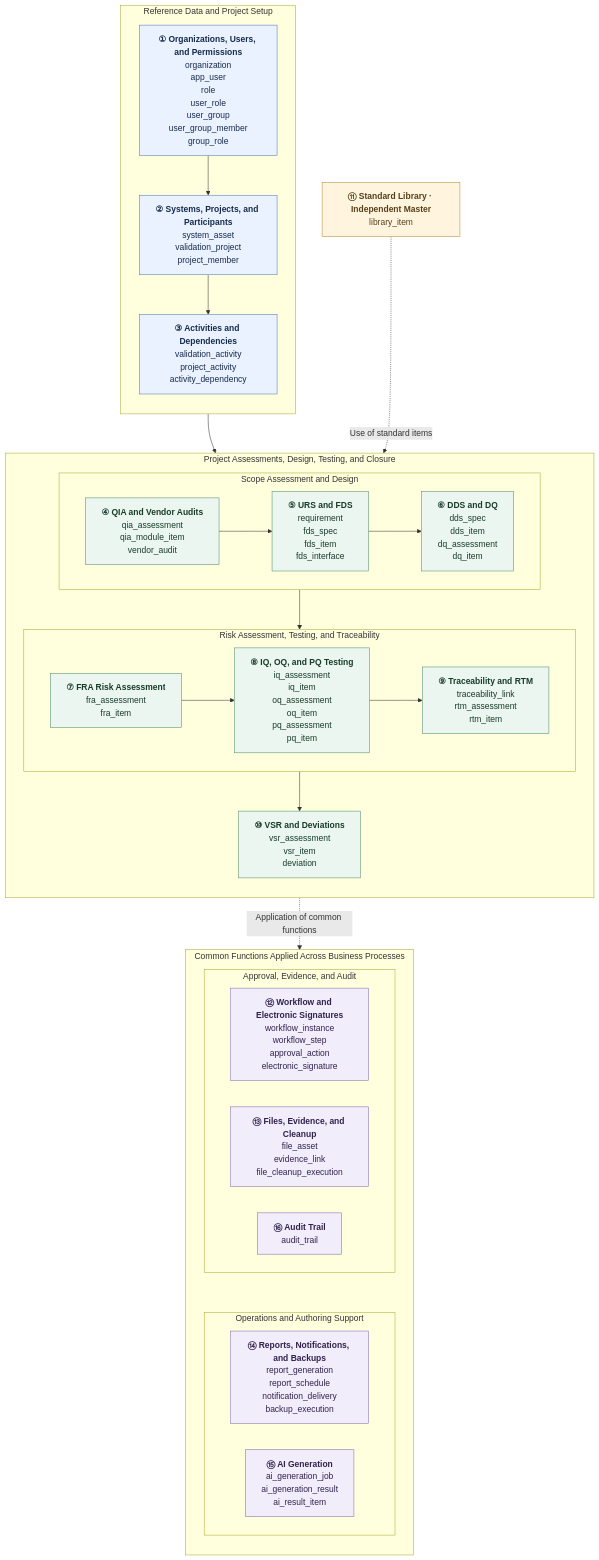
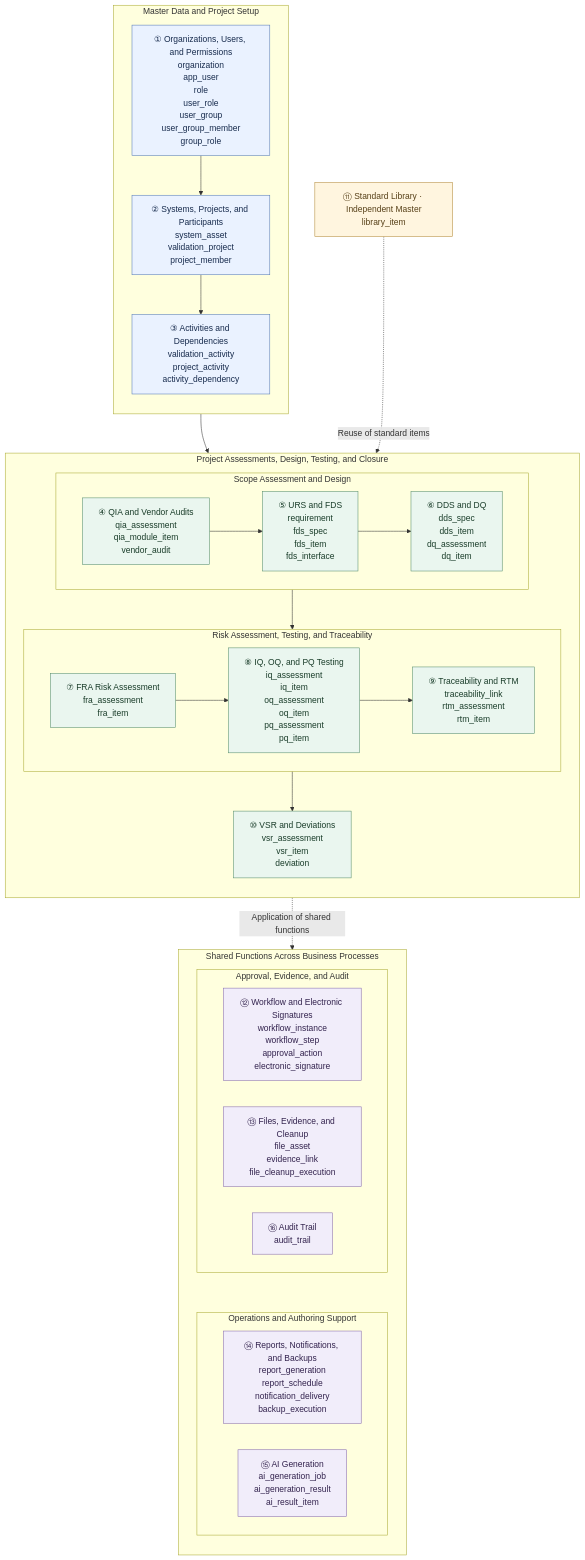
One commit to kmh52826-collab/Enterprise-Knowledge-Base-Design changed the diagram in docs/erd-overview.md. Above: the diagram before and after it, drawn with Mermaid. The commit also changed other lines of this file, not shown here.

````diff
--- a/docs/erd-overview.md
+++ b/docs/erd-overview.md
@@ -9,23 +11,23 @@
 ```mermaid
 flowchart TB
-    subgraph BASE["Reference Data and Project Setup"]
+    subgraph BASE["Master Data and Project Setup"]
         direction TB
-        SECURITY["`**① Organizations, Users, and Permissions**
+        SECURITY["① Organizations, Users, and Permissions
 organization
 app_user
 role
 user_role
 user_group
 user_group_member
-group_role`"]
-        PROJECT["`**② Systems, Projects, and Participants**
+group_role"]
+        PROJECT["② Systems, Projects, and Participants
 system_asset
 validation_project
-project_member`"]
-        ACTIVITY["`**③ Activities and Dependencies**
+project_member"]
+        ACTIVITY["③ Activities and Dependencies
 validation_activity
 project_activity
-activity_dependency`"]
+activity_dependency"]
         SECURITY --> PROJECT --> ACTIVITY
     end
 
@@ -33,84 +35,84 @@
         direction TB
         subgraph DESIGN["Scope Assessment and Design"]
             direction LR
-            QIA["`**④ QIA and Vendor Audits**
+            QIA["④ QIA and Vendor Audits
 qia_assessment
 qia_module_item
-vendor_audit`"]
-            URSFDS["`**⑤ URS and FDS**
+vendor_audit"]
+            URSFDS["⑤ URS and FDS
 requirement
 fds_spec
 fds_item
-fds_interface`"]
-            DDSDQ["`**⑥ DDS and DQ**
+fds_interface"]
+            DDSDQ["⑥ DDS and DQ
 dds_spec
 dds_item
 dq_assessment
-dq_item`"]
+dq_item"]
             QIA --> URSFDS --> DDSDQ
         end
         subgraph VERIFICATION["Risk Assessment, Testing, and Traceability"]
             direction LR
-            FRA["`**⑦ FRA Risk Assessment**
+            FRA["⑦ FRA Risk Assessment
 fra_assessment
-fra_item`"]
-            TEST["`**⑧ IQ, OQ, and PQ Testing**
+fra_item"]
+            TEST["⑧ IQ, OQ, and PQ Testing
 iq_assessment
 iq_item
 oq_assessment
 oq_item
 pq_assessment
-pq_item`"]
-            TRACE["`**⑨ Traceability and RTM**
+pq_item"]
+            TRACE["⑨ Traceability and RTM
 traceability_link
 rtm_assessment
-rtm_item`"]
+rtm_item"]
             FRA --> TEST --> TRACE
         end
-        CLOSE["`**⑩ VSR and Deviations**
+        CLOSE["⑩ VSR and Deviations
 vsr_assessment
 vsr_item
-deviation`"]
+deviation"]
         DESIGN --> VERIFICATION --> CLOSE
     end
 
-    LIBRARY["`**⑪ Standard Library · Independent Master**
-library_item`"]
+    LIBRARY["⑪ Standard Library · Independent Master
+library_item"]
 
-    subgraph COMMON["Common Functions Applied Across Business Processes"]
+    subgraph COMMON["Shared Functions Across Business Processes"]
         direction TB
         subgraph CONTROL["Approval, Evidence, and Audit"]
             direction LR
-            WORKFLOW["`**⑫ Workflow and Electronic Signatures**
+            WORKFLOW["⑫ Workflow and Electronic Signatures
 workflow_instance
 workflow_step
 approval_action
-electronic_signature`"]
-            FILES["`**⑬ Files, Evidence, and Cleanup**
+electronic_signature"]
+            FILES["⑬ Files, Evidence, and Cleanup
 file_asset
 evidence_link
-file_cleanup_execution`"]
-            AUDIT["`**⑯ Audit Trail**
-audit_trail`"]
+file_cleanup_execution"]
+            AUDIT["⑯ Audit Trail
+audit_trail"]
         end
         subgraph SUPPORT["Operations and Authoring Support"]
             direction LR
-            OPS["`**⑭ Reports, Notifications, and Backups**
+            OPS["⑭ Reports, Notifications, and Backups
 report_generation
 report_schedule
 notification_delivery
-backup_execution`"]
-            AI["`**⑮ AI Generation**
+backup_execution"]
+            AI["⑮ AI Generation
 ai_generation_job
 ai_generation_result
-ai_result_item`"]
+ai_result_item"]
         end
         CONTROL ~~~ SUPPORT
     end
 
     BASE --> DOCUMENTS
-    LIBRARY -. "Use of standard items" .-> DOCUMENTS
-    DOCUMENTS -. "Application of common functions" .-> COMMON
+    LIBRARY -. "Reuse of standard items" .-> DOCUMENTS
+    DOCUMENTS -. "Application of shared functions" .-> COMMON
 
     classDef base fill:#eaf2ff,stroke:#5278b5,color:#172b4d
     classDef document fill:#eaf6ef,stroke:#548c6b,color:#193c29
````
